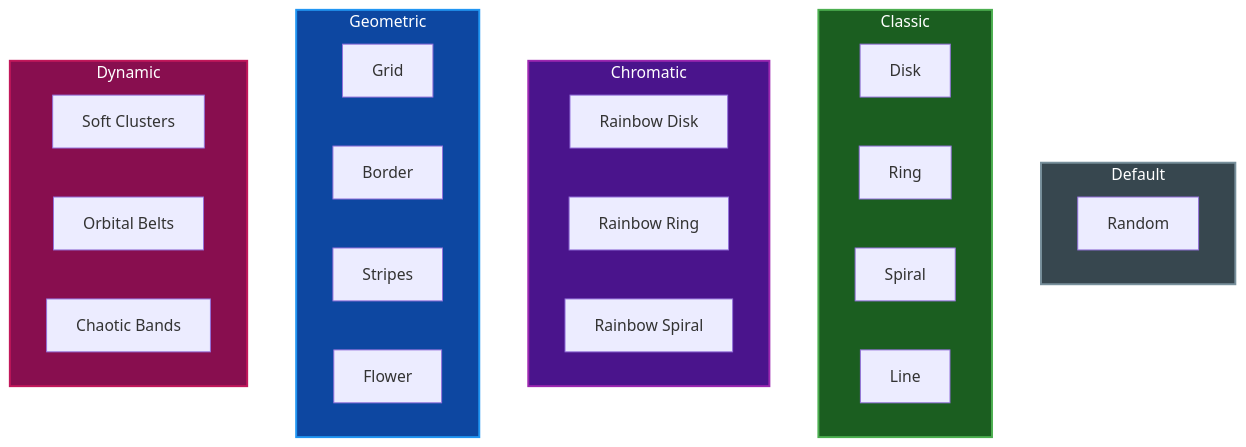
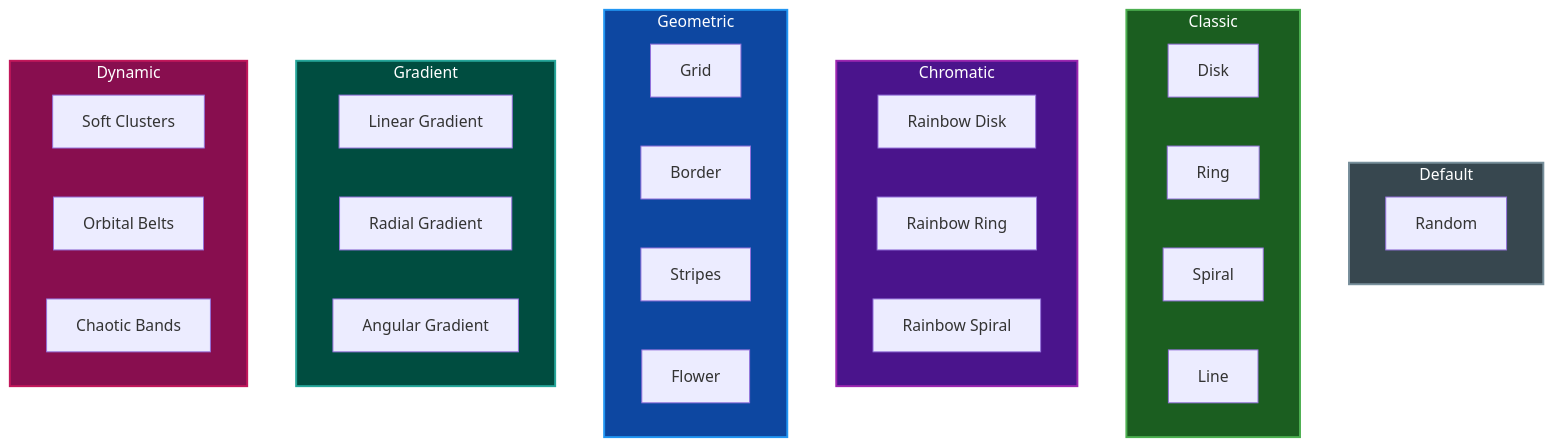
Before and after one commit to paulrobello/par-particle-life: the second of 2 diagrams in docs/GENERATORS.md, drawn with Mermaid. The commit also changed other lines of this file and 30 other files, not shown here.

````diff
--- a/docs/GENERATORS.md
+++ b/docs/GENERATORS.md
@@ -309,38 +317,45 @@
 ```mermaid
 graph TB
     subgraph Default["Default"]
         Random
     end
 
     subgraph Classic["Classic"]
         Disk
         Ring
         Spiral
         Line
     end
 
     subgraph Chromatic["Chromatic"]
         RainbowDisk[Rainbow Disk]
         RainbowRing[Rainbow Ring]
         RainbowSpiral[Rainbow Spiral]
     end
 
     subgraph Geometric["Geometric"]
         Grid
         Border
         Stripes
         Flower[Flower]
     end
 
+    subgraph Gradient["Gradient"]
+        Linear[Linear Gradient]
+        Radial[Radial Gradient]
+        Angular[Angular Gradient]
+    end
+
     subgraph Dynamic["Dynamic"]
         Clusters[Soft Clusters]
         Orbital[Orbital Belts]
         Chaotic[Chaotic Bands]
     end
 
     style Default fill:#37474f,stroke:#78909c,stroke-width:2px,color:#ffffff
     style Classic fill:#1b5e20,stroke:#4caf50,stroke-width:2px,color:#ffffff
     style Chromatic fill:#4a148c,stroke:#9c27b0,stroke-width:2px,color:#ffffff
     style Geometric fill:#0d47a1,stroke:#2196f3,stroke-width:2px,color:#ffffff
+    style Gradient fill:#004d40,stroke:#26a69a,stroke-width:2px,color:#ffffff
     style Dynamic fill:#880e4f,stroke:#c2185b,stroke-width:2px,color:#ffffff
 ```
````
